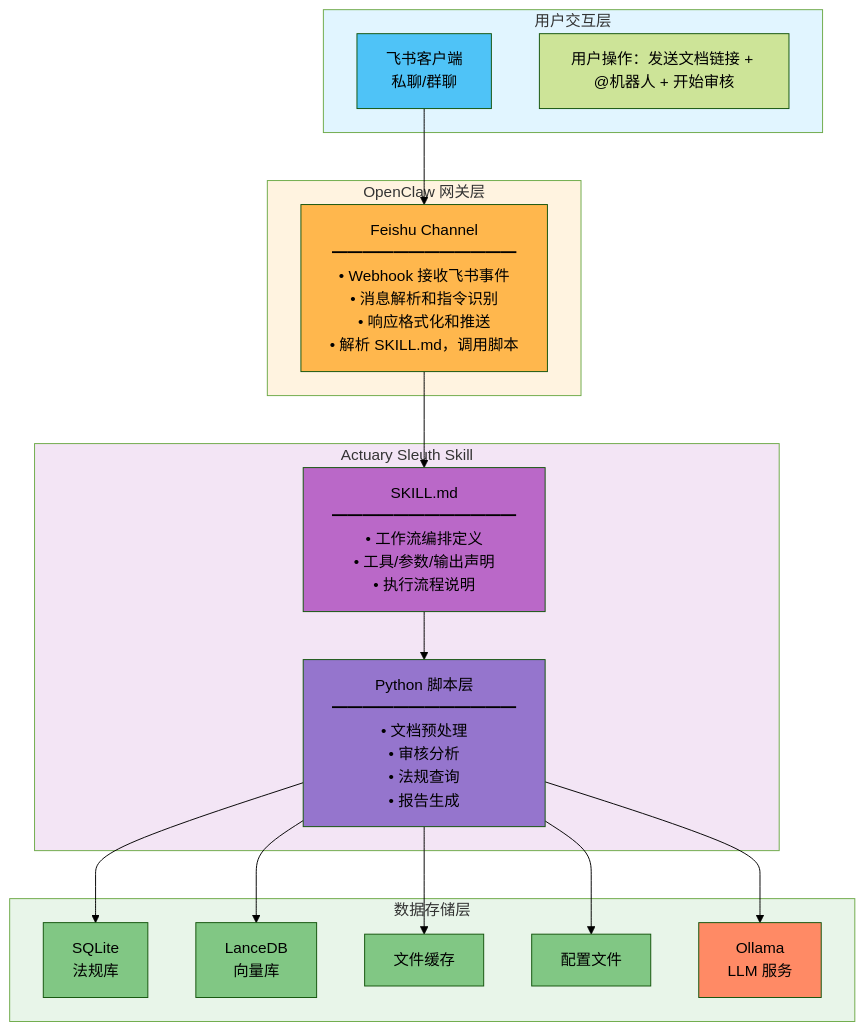
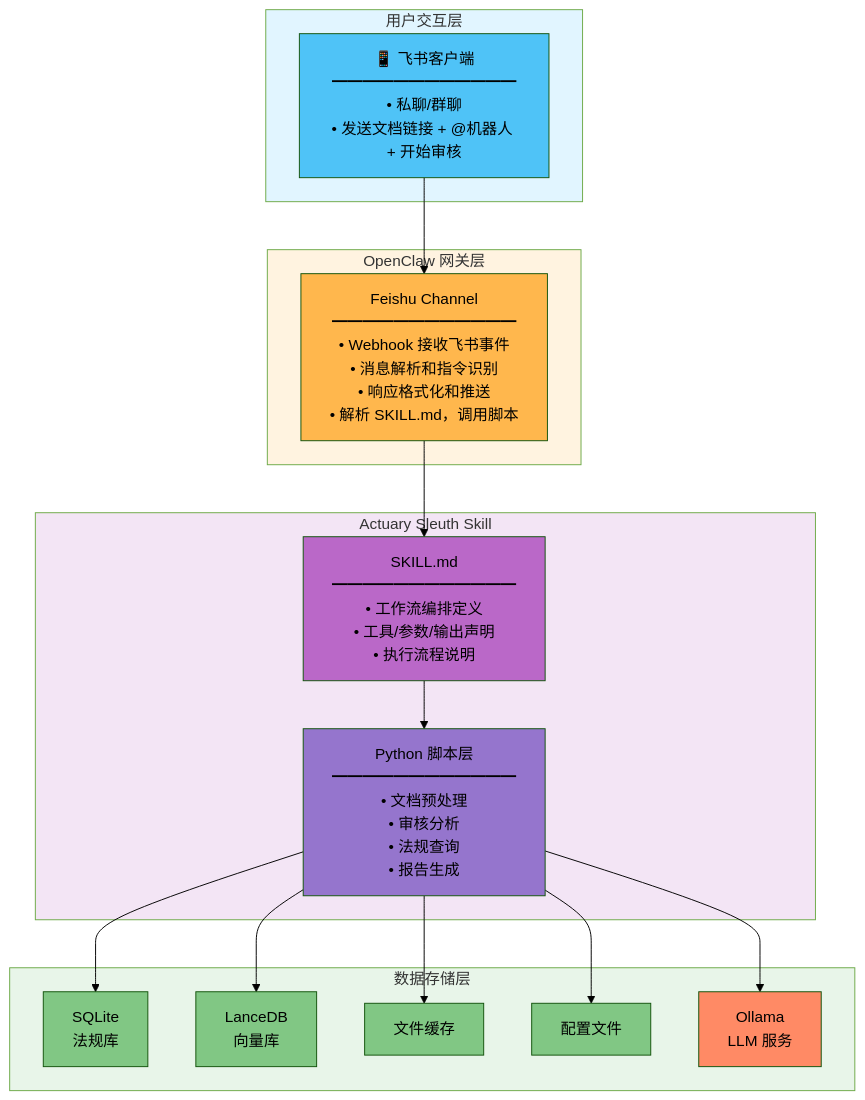
Before and after one commit to bleakplain/actuary-sleuth: the diagram in actuary-sleuth-tech-design.md, drawn with Mermaid (forest theme). The commit also changed other lines of this file, not shown here.

Commit message:
docs: 优化架构图并调整章节标题

````diff
--- a/actuary-sleuth-tech-design.md
+++ b/actuary-sleuth-tech-design.md
@@ -41,47 +41,46 @@
 ```mermaid
 flowchart TB
     subgraph UI["用户交互层"]
-        FEISHU["飞书客户端<br/>私聊/群聊"]
-        NOTE["用户操作：发送文档链接 + @机器人 + "开始审核""]
+        FEISHU["📱 飞书客户端<br/>━━━━━━━━━━━━<br/>• 私聊/群聊<br/>• 发送文档链接 + @机器人 + "开始审核""]
     end
 
     subgraph GATEWAY["OpenClaw 网关层"]
         CHANNEL["Feishu Channel<br/>━━━━━━━━━━━━<br/>• Webhook 接收飞书事件<br/>• 消息解析和指令识别<br/>• 响应格式化和推送<br/>• 解析 SKILL.md，调用脚本"]
     end
 
     subgraph SKILL["Actuary Sleuth Skill"]
         SKILL_MD["SKILL.md<br/>━━━━━━━━━━━━<br/>• 工作流编排定义<br/>• 工具/参数/输出声明<br/>• 执行流程说明"]
         SCRIPTS["Python 脚本层<br/>━━━━━━━━━━━━<br/>• 文档预处理<br/>• 审核分析<br/>• 法规查询<br/>• 报告生成"]
         SKILL_MD --> SCRIPTS
     end
 
     subgraph STORAGE["数据存储层"]
         SQLITE["SQLite<br/>法规库"]
         LANCE["LanceDB<br/>向量库"]
         CACHE["文件缓存"]
         CONFIG["配置文件"]
         OLLAMA["Ollama<br/>LLM 服务"]
     end
 
     FEISHU --> CHANNEL
     CHANNEL --> SKILL_MD
     SCRIPTS --> SQLITE
     SCRIPTS --> LANCE
     SCRIPTS --> CACHE
     SCRIPTS --> CONFIG
     SCRIPTS --> OLLAMA
 
     style UI fill:#e1f5ff
     style GATEWAY fill:#fff3e0
     style SKILL fill:#f3e5f5
     style STORAGE fill:#e8f5e9
     style FEISHU fill:#4fc3f7
     style CHANNEL fill:#ffb74d
     style SKILL_MD fill:#ba68c8
     style SCRIPTS fill:#9575cd
     style SQLITE fill:#81c784
     style LANCE fill:#81c784
     style CACHE fill:#81c784
     style CONFIG fill:#81c784
     style OLLAMA fill:#ff8a65
 ```
````
